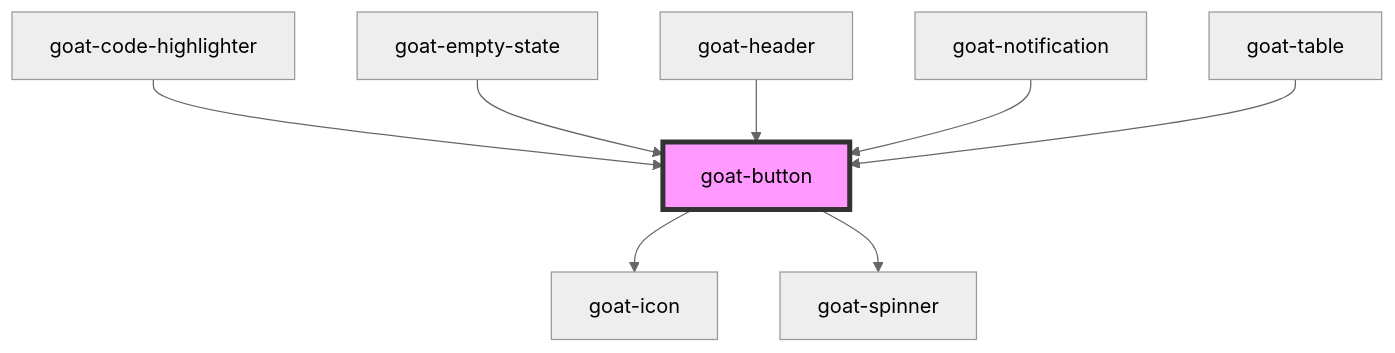
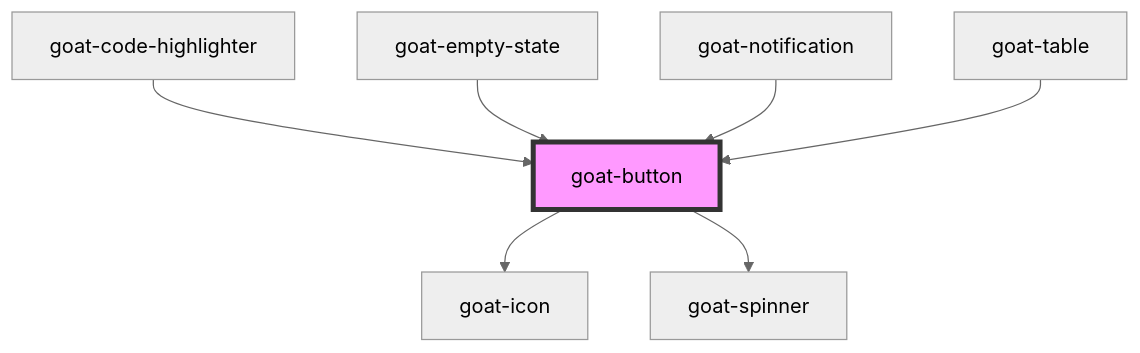
The diagram in src/components/controls/button/readme.md (goatui/components), drawn with Mermaid (neutral theme) before and after one commit. The commit also changed other lines of this file and 8 other files, not shown here.

````diff
--- a/src/components/controls/button/readme.md
+++ b/src/components/controls/button/readme.md
@@ -72,11 +71,10 @@
 ```mermaid
 graph TD;
   goat-button --> goat-icon
   goat-button --> goat-spinner
   goat-code-highlighter --> goat-button
   goat-empty-state --> goat-button
-  goat-header --> goat-button
   goat-notification --> goat-button
   goat-table --> goat-button
   style goat-button fill:#f9f,stroke:#333,stroke-width:4px
 ```
````
